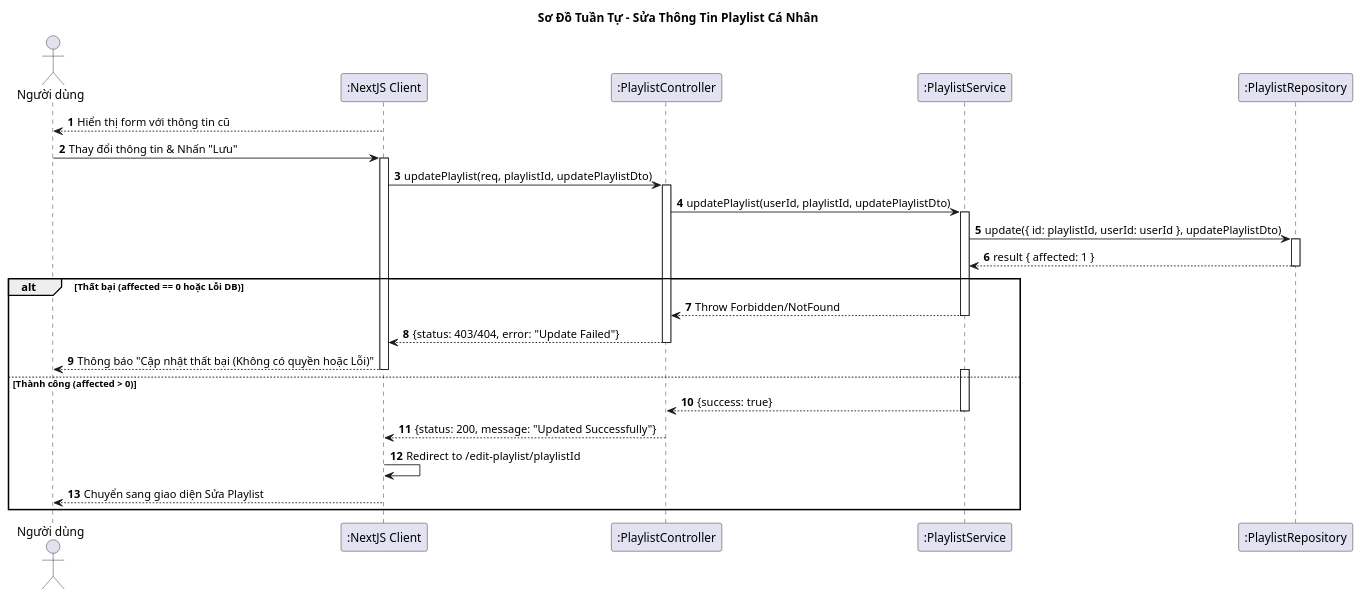
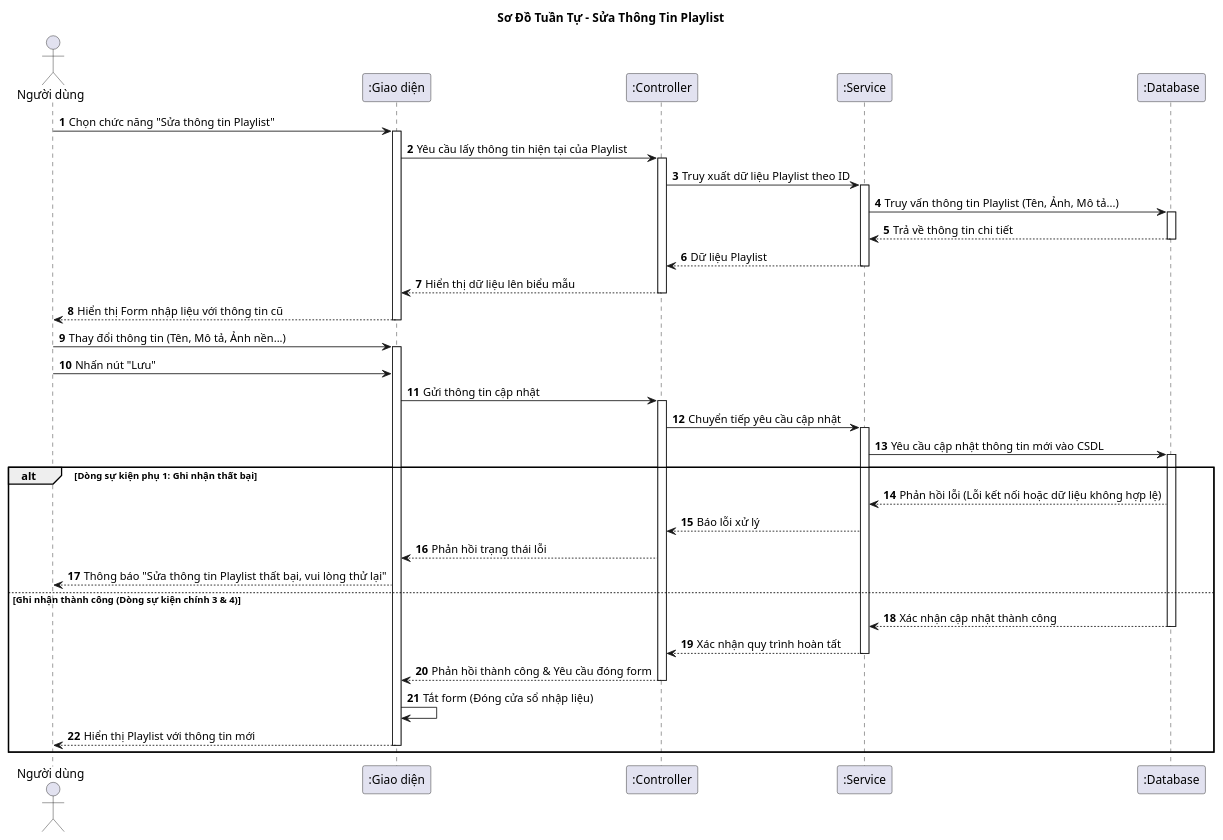
One commit to vinh047/soundwave changed the diagram in Diagrams/SequenceDiagram/EditInformationPlaylistSD.plantuml. Above: the diagram before and after it, drawn with PlantUML. The commit also changed 37 other files, not shown here.

Commit message:
Sừa BFD, Usecase, Đặc tả, Sequence, Class

```diff
--- a/Diagrams/SequenceDiagram/EditInformationPlaylistSD.plantuml
+++ b/Diagrams/SequenceDiagram/EditInformationPlaylistSD.plantuml
@@ -1,62 +1,77 @@
-@startuml Sequence Diagram - Sửa Thông Tin Playlist Cá Nhân
+@startuml Sequence Diagram - Sửa Thông Tin Playlist
 
-title Sơ Đồ Tuần Tự - Sửa Thông Tin Playlist Cá Nhân 
+title Sơ Đồ Tuần Tự - Sửa Thông Tin Playlist
 
 actor "Người dùng" as User
-participant ":NextJS Client" as UI
-participant ":PlaylistController" as Controller
-participant ":PlaylistService" as Service
-participant ":PlaylistRepository" as DB
+participant ":Giao diện" as UI
+participant ":Controller" as Controller
+participant ":Service" as Service
+participant ":Database" as DB
 
 autonumber
 
-' === BƯỚC 1: HIỂN THỊ FORM ===
-UI --> User: Hiển thị form với thông tin cũ
-
-' === BƯỚC 2: GỬI YÊU CẦU ===
-User -> UI: Thay đổi thông tin & Nhấn "Lưu"
+' === BƯỚC 1: HIỂN THỊ FORM (Dòng sự kiện chính 1) ===
+User -> UI: Chọn chức năng "Sửa thông tin Playlist"
 activate UI
 
-' Dùng DTO
-UI -> Controller: updatePlaylist(req, playlistId, updatePlaylistDto)
+UI -> Controller: Yêu cầu lấy thông tin hiện tại của Playlist
 activate Controller
-
-' Lấy userId từ req.user
-Controller -> Service: updatePlaylist(userId, playlistId, updatePlaylistDto)
+Controller -> Service: Truy xuất dữ liệu Playlist theo ID
 activate Service
 
-' === BƯỚC 3: CẬP NHẬT DB ===
-' TypeORM: updatePlaylist(criteria, partialEntity)
-' Chỉ update nếu ID khớp VÀ userId khớp (Bảo mật)
-Service -> DB: update({ id: playlistId, userId: userId }, updatePlaylistDto)
+' Logic: Phải tìm đúng Playlist của User đó (Check Owner)
+Service -> DB: Truy vấn thông tin Playlist (Tên, Ảnh, Mô tả...)
 activate DB
-DB --> Service: result { affected: 1 }
+DB --> Service: Trả về thông tin chi tiết
 deactivate DB
 
-alt Thất bại (affected == 0 hoặc Lỗi DB)
-    ' affected = 0 nghĩa là Playlist không tồn tại hoặc không phải của User này
-    Service --> Controller: Throw Forbidden/NotFound
+Service --> Controller: Dữ liệu Playlist
+deactivate Service
+Controller --> UI: Hiển thị dữ liệu lên biểu mẫu
+deactivate Controller
+
+UI --> User: Hiển thị Form nhập liệu với thông tin cũ
+deactivate UI
+
+' === BƯỚC 2: NGƯỜI DÙNG CHỈNH SỬA (Dòng sự kiện chính 2) ===
+User -> UI: Thay đổi thông tin (Tên, Mô tả, Ảnh nền...)
+activate UI
+User -> UI: Nhấn nút "Lưu"
+
+UI -> Controller: Gửi thông tin cập nhật
+activate Controller
+Controller -> Service: Chuyển tiếp yêu cầu cập nhật
+activate Service
+
+' === BƯỚC 3: GHI NHẬN VÀO CSDL (Dòng sự kiện chính 3) ===
+' Service kiểm tra quyền sở hữu trước khi cập nhật
+Service -> DB: Yêu cầu cập nhật thông tin mới vào CSDL
+activate DB
+
+alt Dòng sự kiện phụ 1: Ghi nhận thất bại
+    DB --> Service: Phản hồi lỗi (Lỗi kết nối hoặc dữ liệu không hợp lệ)
+    Service --> Controller: Báo lỗi xử lý
+    Controller --> UI: Phản hồi trạng thái lỗi
+    
+    UI --> User: Thông báo "Sửa thông tin Playlist thất bại, vui lòng thử lại"
+    ' (Form vẫn mở để người dùng thử lại)
+
+else Ghi nhận thành công (Dòng sự kiện chính 3 & 4)
+    DB --> Service: Xác nhận cập nhật thành công
+    deactivate DB
+    
+    Service --> Controller: Xác nhận quy trình hoàn tất
     deactivate Service
-    Controller --> UI: {status: 403/404, error: "Update Failed"}
+    
+    Controller --> UI: Phản hồi thành công & Yêu cầu đóng form
     deactivate Controller
     
-    UI --> User: Thông báo "Cập nhật thất bại (Không có quyền hoặc Lỗi)"
-    deactivate UI
-
-else Thành công (affected > 0)
-    ' Đã activate Service ở trên
-    activate Service
-    Service --> Controller: {success: true}
-    deactivate Service
+    ' === BƯỚC 4: TẮT FORM ===
+    UI -> UI: Tắt form (Đóng cửa sổ nhập liệu)
     
-    Controller --> UI: {status: 200, message: "Updated Successfully"}
-    deactivate Controller
-    
-    ' === BƯỚC 4: CHUYỂN GIAO DIỆN ===
-    ' Client tự điều hướng
-    UI -> UI: Redirect to /edit-playlist/playlistId
-    
-    UI --> User: Chuyển sang giao diện Sửa Playlist
+    ' Cập nhật lại giao diện cha (danh sách hoặc chi tiết playlist)
+    UI --> User: Hiển thị Playlist với thông tin mới
     deactivate UI
 end
+
 @enduml
```
